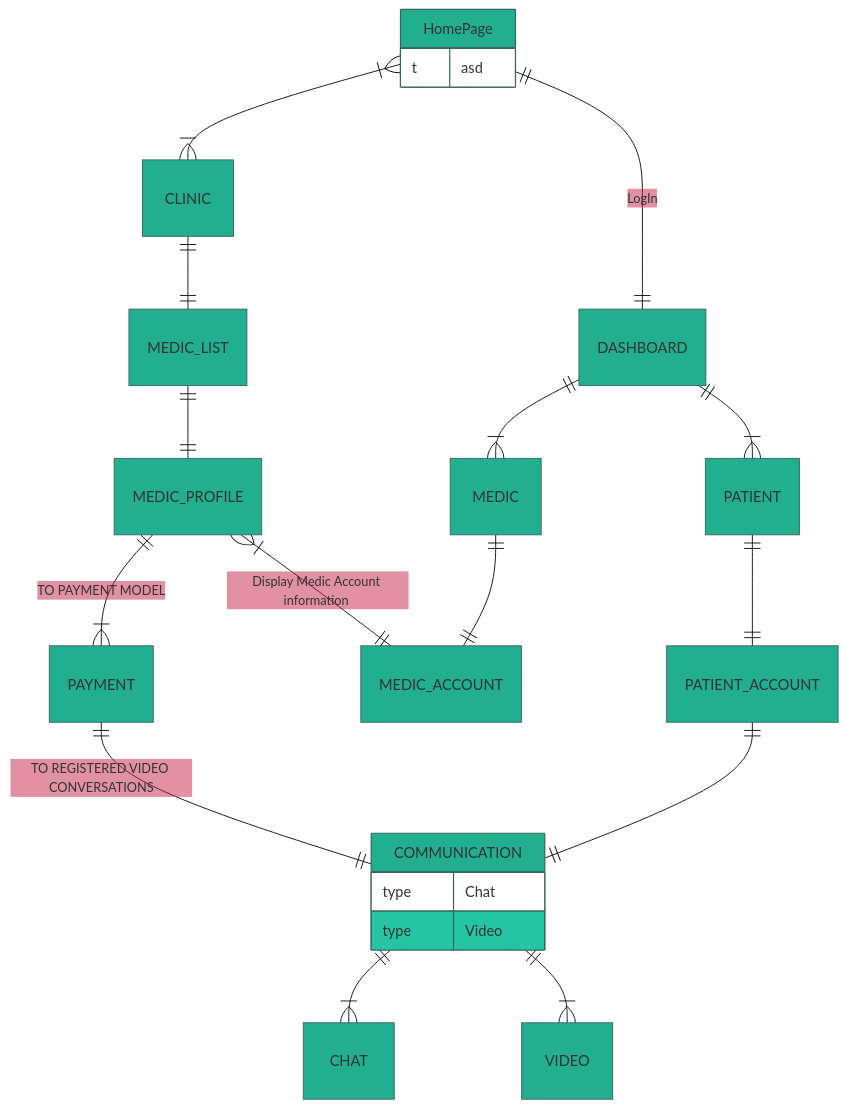
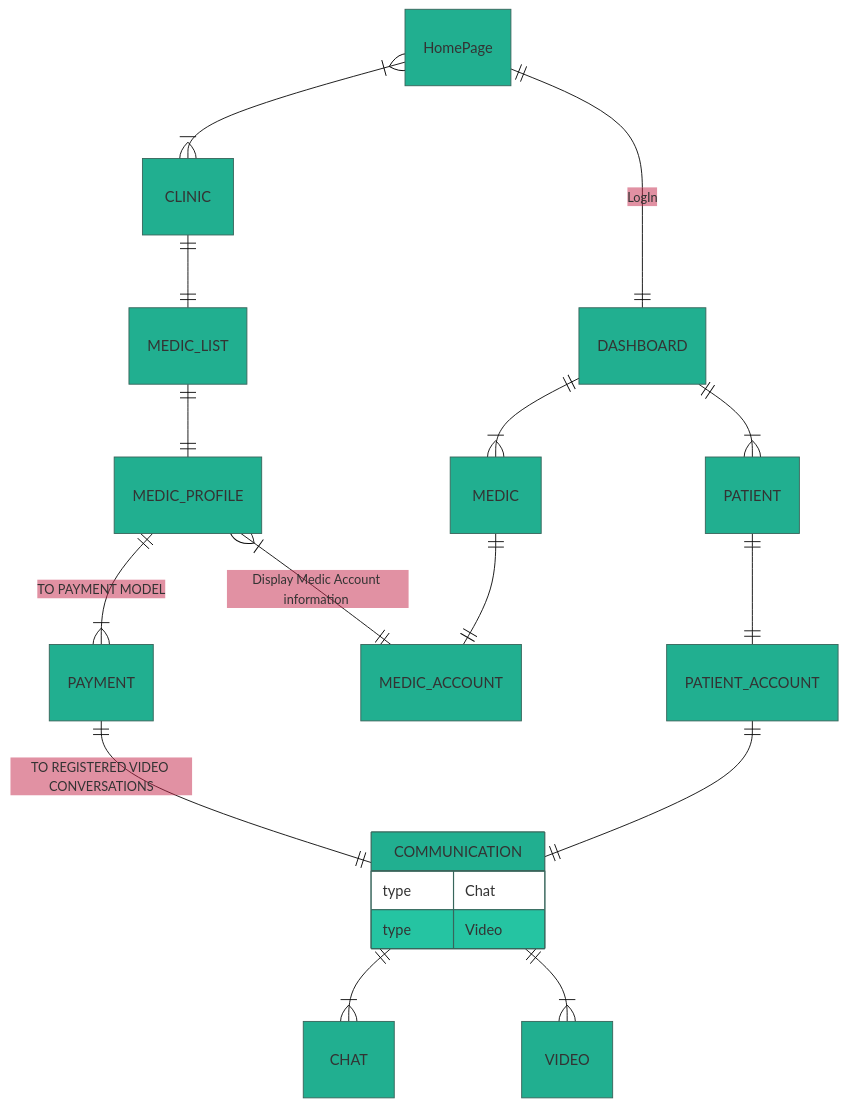
Before and after one commit to lehelbeni/lehelbeni.github.io: the diagram in docs/medhub/intro.md, drawn with Mermaid. The commit also changed 1 other file, not shown here.

````diff
--- a/docs/medhub/intro.md
+++ b/docs/medhub/intro.md
@@ -4,26 +4,24 @@
 ```mermaid
 %%{init: {'theme': 'base', 'themeVariables': { 'primaryColor': '#21af90'}}}%%
 erDiagram
-    HomePage {
-        t asd
-    }
+    HomePage 
     COMMUNICATION{
         type Chat
         type Video
     }
     HomePage }|--|{ CLINIC : ""
     HomePage ||--|| DASHBOARD : LogIn
     DASHBOARD ||--|{ MEDIC : ""
     DASHBOARD ||--|{ PATIENT : ""
     CLINIC ||--|| MEDIC_LIST : ""
     MEDIC_LIST ||--|| MEDIC_PROFILE : ""
     MEDIC_PROFILE ||--|{ PAYMENT : "TO PAYMENT MODEL"
     PAYMENT ||--|| COMMUNICATION : "TO REGISTERED VIDEO CONVERSATIONS"
     
     MEDIC_PROFILE }|--|| MEDIC_ACCOUNT : "Display Medic Account information "
     MEDIC ||--|| MEDIC_ACCOUNT: ""
     PATIENT ||--|| PATIENT_ACCOUNT: ""
     PATIENT_ACCOUNT ||--||COMMUNICATION: ""
     COMMUNICATION ||--|{ CHAT : ""
     COMMUNICATION ||--|{ VIDEO:""
 ```
````
